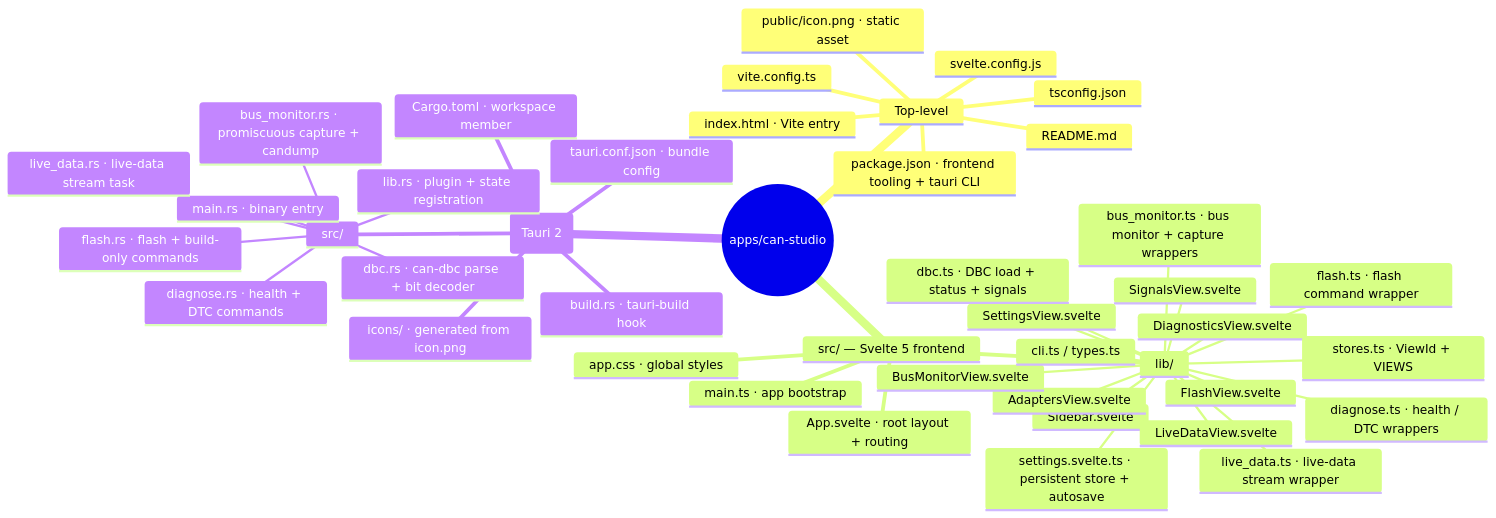
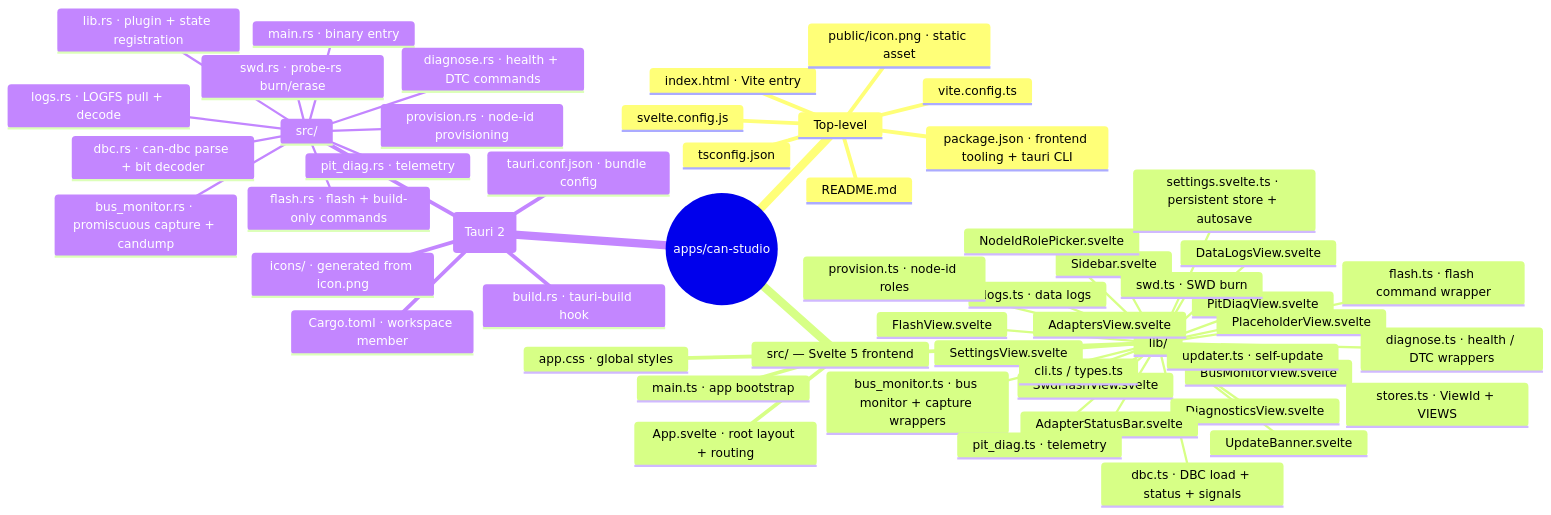
Before and after one commit to isc-fs/MingoCAN: the second of 2 diagrams in apps/can-studio/README.md, drawn with Mermaid. The commit also changed other lines of this file and 6 other files, not shown here.

````diff
--- a/apps/can-studio/README.md
+++ b/apps/can-studio/README.md
@@ -163,46 +143,58 @@
 ```mermaid
 mindmap
   root((apps/can-studio))
     Top-level
       README.md
       package.json · frontend tooling + tauri CLI
       tsconfig.json
       vite.config.ts
       svelte.config.js
       index.html · Vite entry
       public/icon.png · static asset
     src/ — Svelte 5 frontend
       main.ts · app bootstrap
       App.svelte · root layout + routing
       app.css · global styles
       lib/
         Sidebar.svelte
         AdaptersView.svelte
         FlashView.svelte
+        SwdFlashView.svelte
         DiagnosticsView.svelte
-        LiveDataView.svelte
         BusMonitorView.svelte
-        SignalsView.svelte
+        PitDiagView.svelte
+        DataLogsView.svelte
         SettingsView.svelte
+        AdapterStatusBar.svelte
+        NodeIdRolePicker.svelte
+        UpdateBanner.svelte
+        PlaceholderView.svelte
         settings.svelte.ts · persistent store + autosave
         flash.ts · flash command wrapper
         diagnose.ts · health / DTC wrappers
-        live_data.ts · live-data stream wrapper
         bus_monitor.ts · bus monitor + capture wrappers
         dbc.ts · DBC load + status + signals
+        pit_diag.ts · telemetry
+        logs.ts · data logs
+        swd.ts · SWD burn
+        provision.ts · node-id roles
+        updater.ts · self-update
         stores.ts · ViewId + VIEWS
         cli.ts / types.ts
     src-tauri/ — Rust backend (Tauri 2)
       Cargo.toml · workspace member
       tauri.conf.json · bundle config
       build.rs · tauri-build hook
       icons/ · generated from icon.png
       src/
         main.rs · binary entry
         lib.rs · plugin + state registration
         flash.rs · flash + build-only commands
         diagnose.rs · health + DTC commands
-        live_data.rs · live-data stream task
+        pit_diag.rs · telemetry
+        logs.rs · LOGFS pull + decode
+        swd.rs · probe-rs burn/erase
+        provision.rs · node-id provisioning
         bus_monitor.rs · promiscuous capture + candump
         dbc.rs · can-dbc parse + bit decoder
 ```
````
